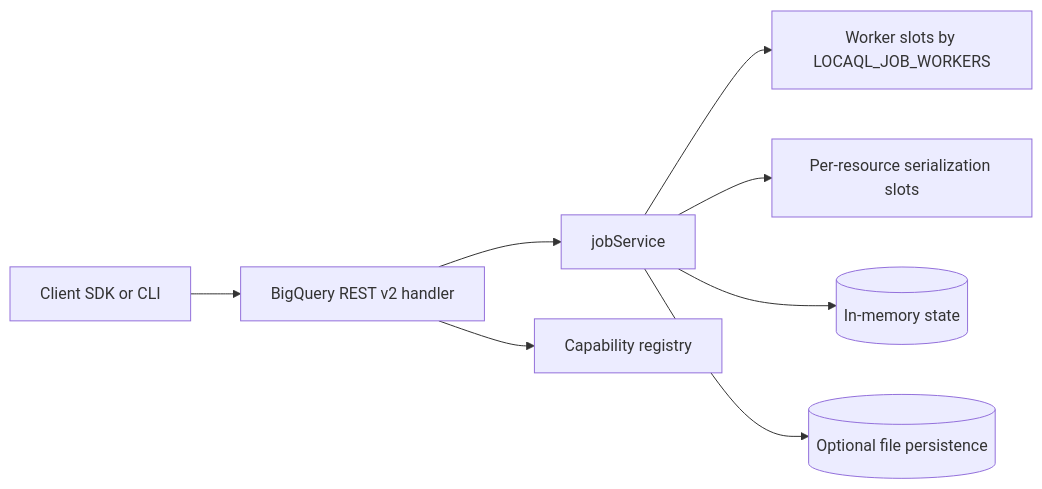
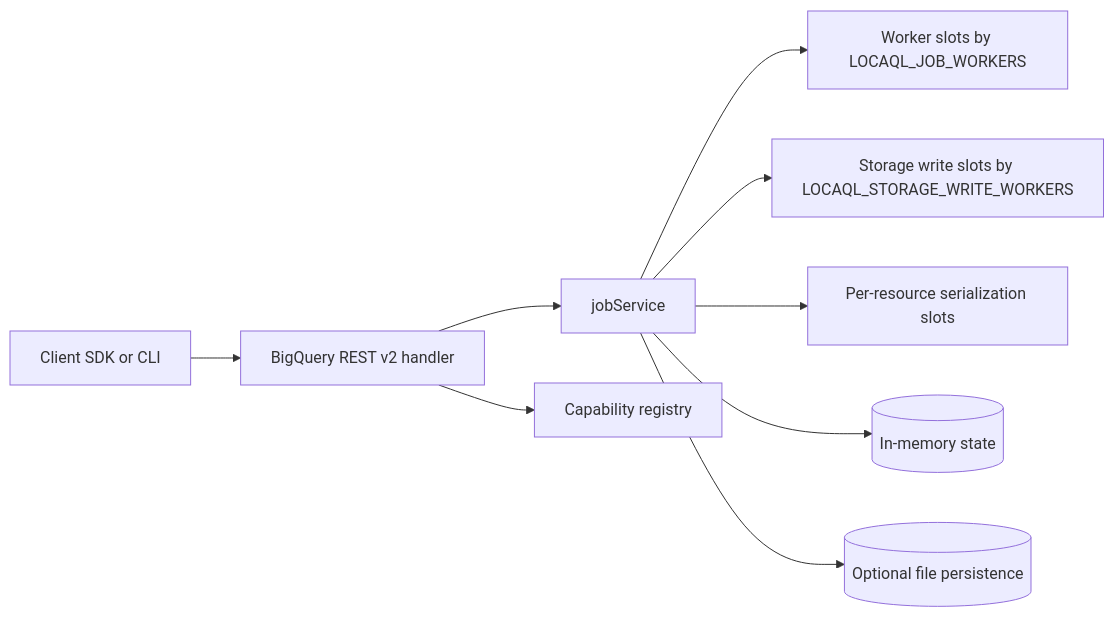
One commit to lraigosov/LocaQL changed the first of 2 diagrams in README.md. Above: the diagram before and after it, drawn with Mermaid. The commit also changed other lines of this file and 5 other files, not shown here.

Commit message:
feat: strengthen pagination and storage write consistency

````diff
--- a/README.md
+++ b/README.md
@@ -64,10 +67,11 @@
 ```mermaid
 flowchart LR
 	Client[Client SDK or CLI] --> REST[BigQuery REST v2 handler]
 	REST --> JobService[jobService]
 	REST --> Registry[Capability registry]
 	JobService --> WorkerSlots[Worker slots by LOCAQL_JOB_WORKERS]
+	JobService --> StorageSlots[Storage write slots by LOCAQL_STORAGE_WRITE_WORKERS]
 	JobService --> ResourceSlots[Per-resource serialization slots]
 	JobService --> StateStore[(In-memory state)]
 	JobService --> Persist[(Optional file persistence)]
 ```
````
